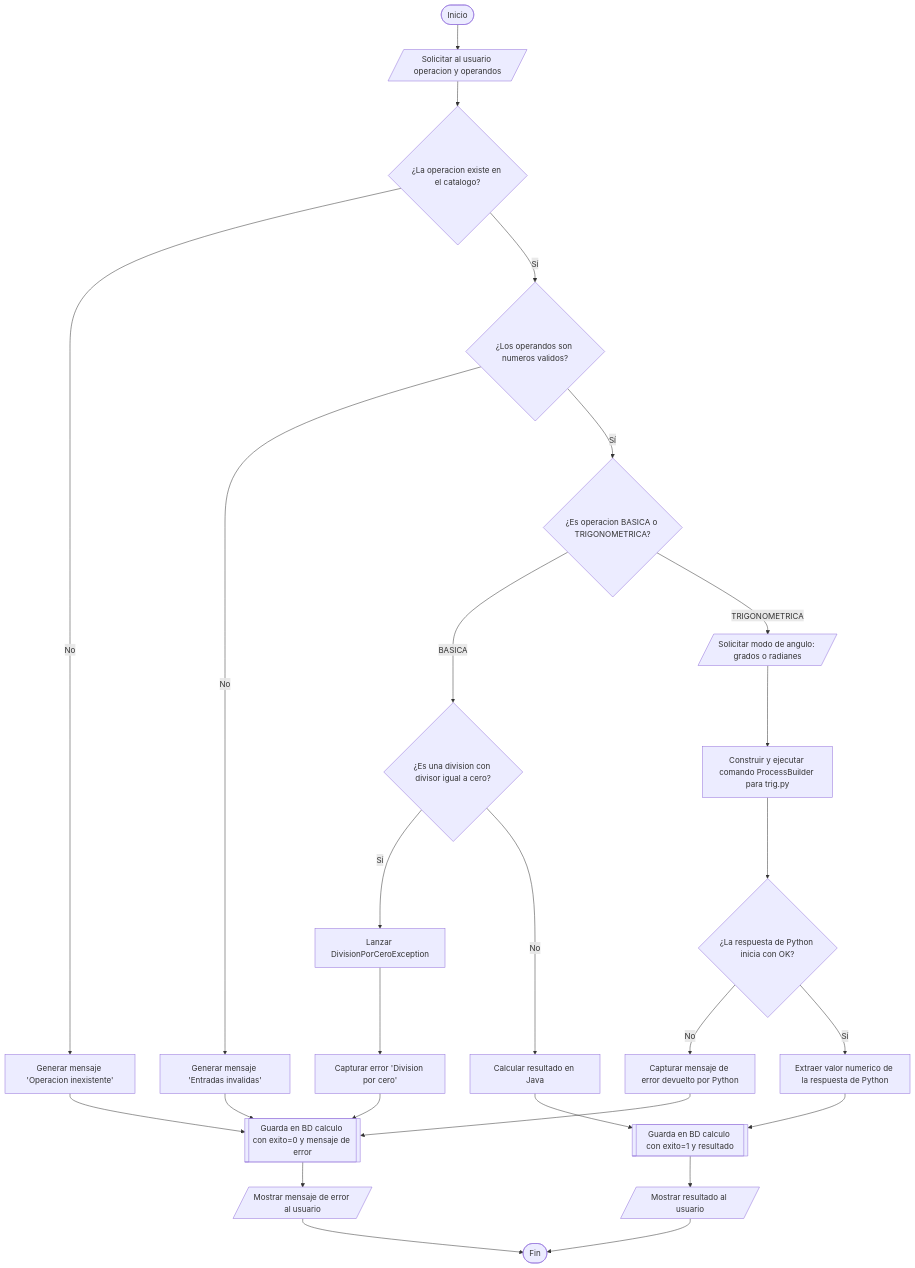
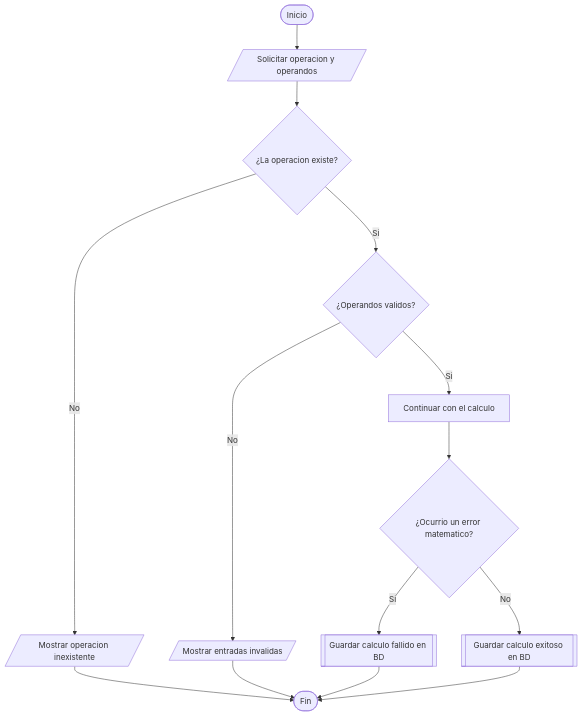
Before and after one commit to Sorato-dot/Proyecto_Trigonometrico: the diagram in Diagrama/01_Flujograma_Operacion_Completa.md, drawn with Mermaid.

Commit message:
Refactor flowchart for operation execution process
Updated the flowchart to simplify the operation existence check and error handling.

````diff
--- a/Diagrama/01_Flujograma_Operacion_Completa.md
+++ b/Diagrama/01_Flujograma_Operacion_Completa.md
@@ -8,36 +8,18 @@
 ```mermaid
+
 flowchart TD
-    A([Inicio]) --> B[/Solicitar al usuario operacion y operandos/]
-    B --> C{¿La operacion existe en el catalogo?}
+    A([Inicio]) --> B[/Solicitar operacion y operandos/]
+    B --> C{¿La operacion existe?}
+    C -->|No| D[/Mostrar operacion inexistente/]
+    D --> Z([Fin])
+    C -->|Si| E{¿Operandos validos?}
+    E -->|No| F[/Mostrar entradas invalidas/]
+    F --> Z
+    E -->|Si| G[Continuar con el calculo]
+    G --> H{¿Ocurrio un error matematico?}
+    H -->|Si| I[[Guardar calculo fallido en BD]]
+    H -->|No| J[[Guardar calculo exitoso en BD]]
+    I --> Z
+    J --> Z
 
-    C -- No --> D[Generar mensaje 'Operacion inexistente']
-    D --> E[[Guarda en BD calculo con exito=0 y mensaje de error]]
-    E --> F[/Mostrar mensaje de error al usuario/]
-    F --> Z([Fin])
-
-    C -- Sí --> G{¿Los operandos son numeros validos?}
-    G -- No --> H[Generar mensaje 'Entradas invalidas']
-    H --> E
-
-    G -- Sí --> I{¿Es operacion BASICA o TRIGONOMETRICA?}
-
-    I -- BASICA --> J{¿Es una division con divisor igual a cero?}
-    J -- Sí --> K[Lanzar DivisionPorCeroException]
-    K --> L[Capturar error 'Division por cero']
-    L --> E
-
-    J -- No --> M[Calcular resultado en Java]
-    M --> N[[Guarda en BD calculo con exito=1 y resultado]]
-    N --> O[/Mostrar resultado al usuario/]
-    O --> Z
-
-    I -- TRIGONOMETRICA --> P[/Solicitar modo de angulo: grados o radianes/]
-    P --> Q[Construir y ejecutar comando ProcessBuilder para trig.py]
-    Q --> R{¿La respuesta de Python inicia con OK?}
-
-    R -- No --> S[Capturar mensaje de error devuelto por Python]
-    S --> E
-
-    R -- Sí --> T[Extraer valor numerico de la respuesta de Python]
-    T --> N
 ```
````
